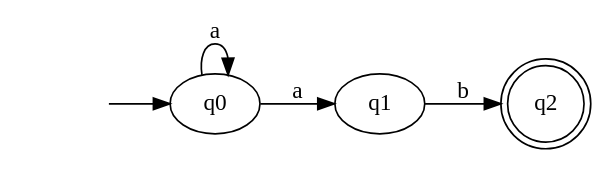
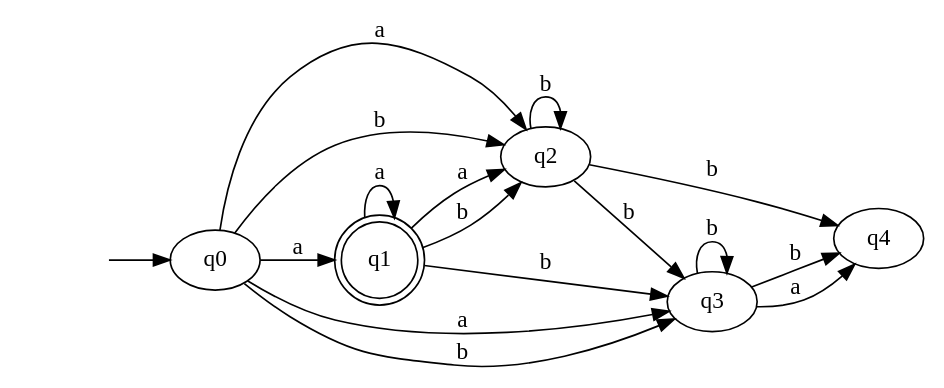
One commit to bas200o/formele-methoden changed the diagram in formele_methoden/graphs/graph_1.dot. Above: the diagram before and after it, drawn with Graphviz. The commit also changed 8 other files, not shown here.

```diff
--- a/formele_methoden/graphs/graph_1.dot
+++ b/formele_methoden/graphs/graph_1.dot
@@ -1,9 +1,21 @@
 digraph graph_1
 {
 	rankdir =  LR; node_start [label = "", shape = none]; 
 	node_start ->  q0; 
-	q2 [label =q2, shape = doublecircle]; 
+	q1 [label =q1, shape = doublecircle]; 
 	q0 -> q1 [label=a]; 
-	q0 -> q0 [label=a]; 
+	q0 -> q2 [label=a]; 
+	q0 -> q2 [label=b]; 
+	q0 -> q3 [label=a]; 
+	q0 -> q3 [label=b]; 
+	q1 -> q1 [label=a]; 
+	q1 -> q2 [label=a]; 
 	q1 -> q2 [label=b]; 
+	q1 -> q3 [label=b]; 
+	q2 -> q2 [label=b]; 
+	q2 -> q4 [label=b]; 
+	q2 -> q3 [label=b]; 
+	q3 -> q3 [label=b]; 
+	q3 -> q4 [label=a]; 
+	q3 -> q4 [label=b]; 
 }
```
